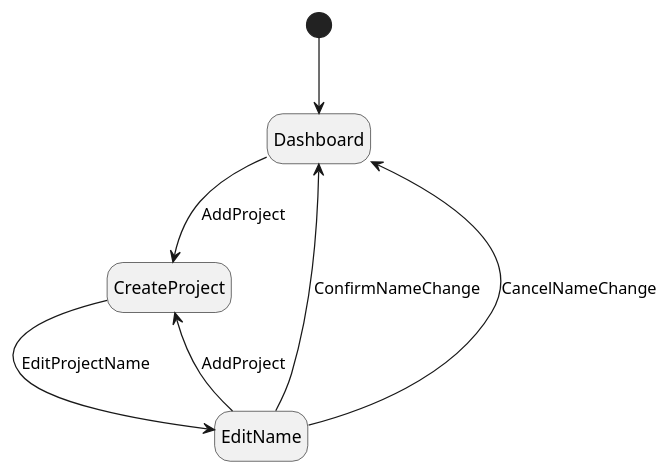
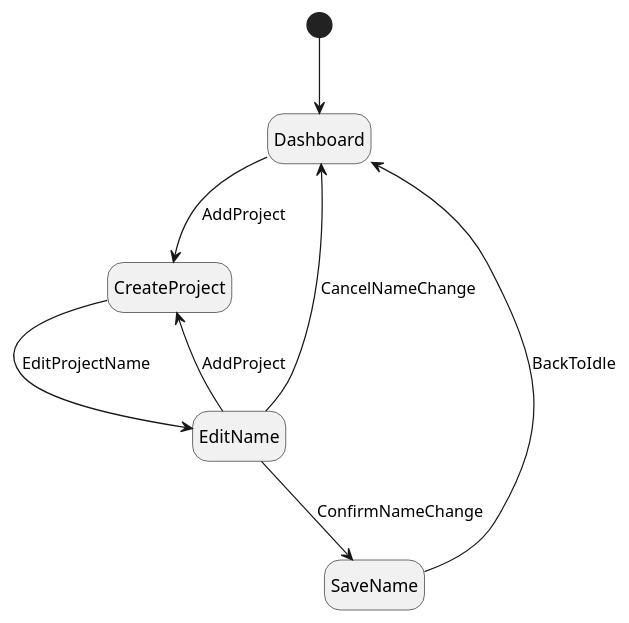
The diagram in assignments/4_model_based_testing/state_machines/state_machine_1.puml (JoaoCostaIFG/tvvs), drawn with PlantUML before and after one commit. The commit also changed 3 other files, not shown here.

```diff
--- a/assignments/4_model_based_testing/state_machines/state_machine_1.puml
+++ b/assignments/4_model_based_testing/state_machines/state_machine_1.puml
@@ -1,14 +1,16 @@
 @startuml
 hide empty description
 
 [*] --> Dashboard
 
-Dashboard --> CreateProject : AddProject
+Dashboard -d-> CreateProject : AddProject
 
-CreateProject --> EditName : EditProjectName
+CreateProject -d-> EditName : EditProjectName
 
-EditName --> CreateProject : AddProject
-EditName --> Dashboard : ConfirmNameChange
-EditName --> Dashboard : CancelNameChange
+EditName -u-> CreateProject : AddProject
+EditName -d-> SaveName : ConfirmNameChange
+EditName -u-> Dashboard : CancelNameChange
+
+SaveName -u-> Dashboard : BackToIdle
 
 @enduml
```
